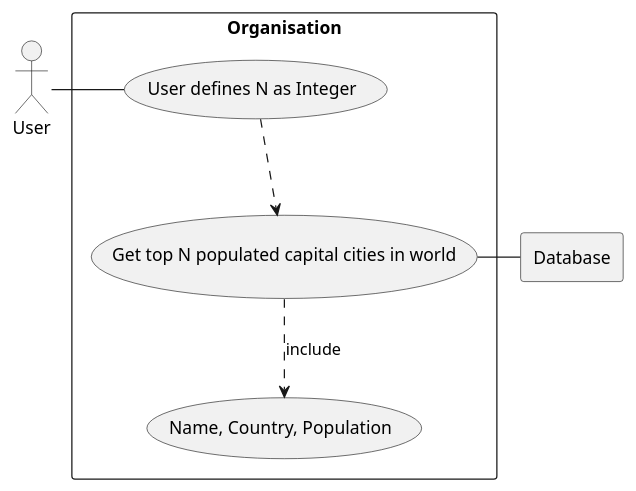
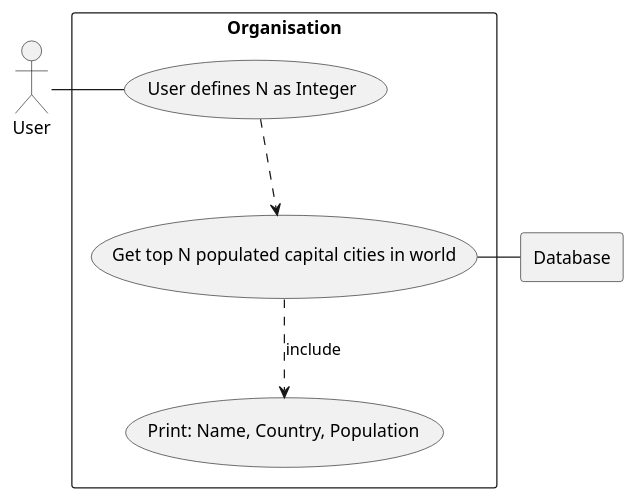
One commit to scan-lan/Group-Project changed the diagram in use-cases/use-case-6.1.puml. Above: the diagram before and after it, drawn with PlantUML. The commit also changed 2 other files, not shown here.

Commit message:
Altered print text in Use Cases 6.1-6.3

```diff
--- a/use-cases/use-case-6.1.puml
+++ b/use-cases/use-case-6.1.puml
@@ -1,20 +1,20 @@
 @startuml
 
 
 
 rectangle Database
 
 rectangle "Organisation" {
     usecase UC1 as "User defines N as Integer"
 
     usecase UC2 as "Get top N populated capital cities in world"
 
-    usecase UCa as "Name, Country, Population"
+    usecase UCa as "Print: Name, Country, Population"
 }
     User - UC1
     UC1 ..> UC2
     UC2 ..> UCa : include
     UC2 - Database
 
 
 @enduml
```
